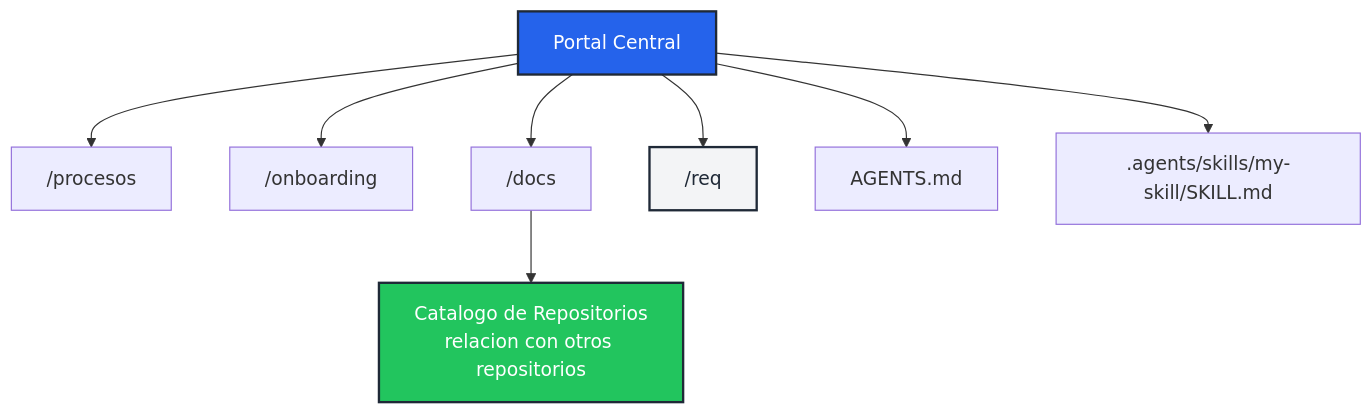
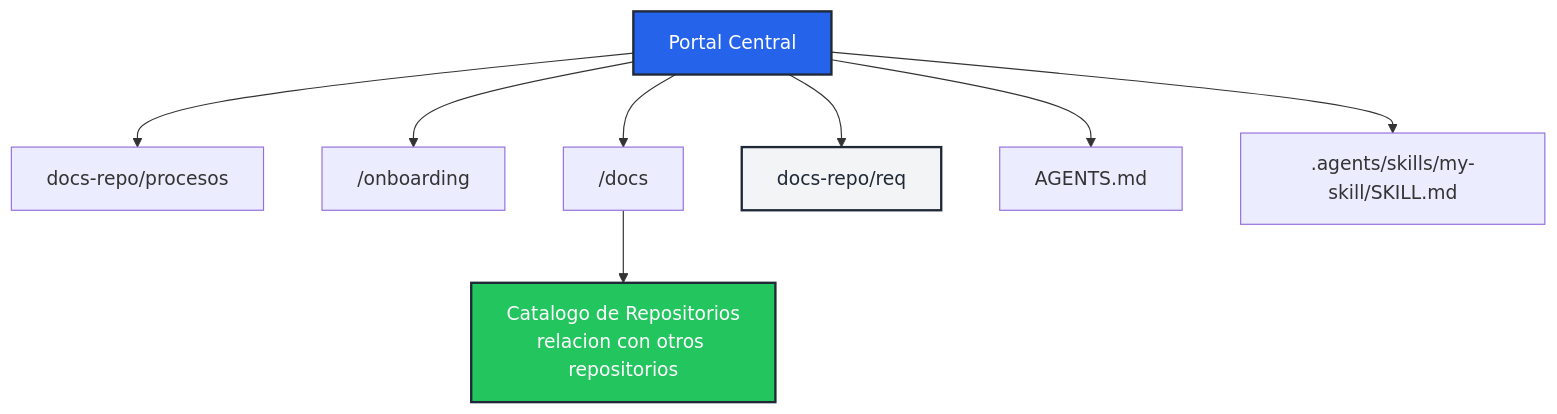
The first of 3 diagrams in docs-repo/docs/arquitectura.md (L4CR/L4.Land4.Docs), drawn with Mermaid before and after one commit. The commit also changed other lines of this file and 18 other files, not shown here.

````diff
--- a/docs-repo/docs/arquitectura.md
+++ b/docs-repo/docs/arquitectura.md
@@ -26,15 +26,15 @@
 ```mermaid
 graph TD
-    A["Portal Central"] --> P["/procesos"]
+    A["Portal Central"] --> P["docs-repo/procesos"]
     A --> C["/onboarding"]
     A --> T["/docs"]
-    A --> K["/req"]
+    A --> K["docs-repo/req"]
     A --> M["AGENTS.md"]
     A --> N[".agents/skills/my-skill/SKILL.md"]
 
     T --> D["Catalogo de Repositorios<br/>relacion con otros repositorios"]
 
     style A fill:#2563EB,stroke:#1F2937,stroke-width:2px,color:#fff
     style D fill:#22C55E,stroke:#1F2937,stroke-width:2px,color:#fff
     style K fill:#F3F4F6,stroke:#1F2937,stroke-width:2px,color:#1F2937
 ```
````
